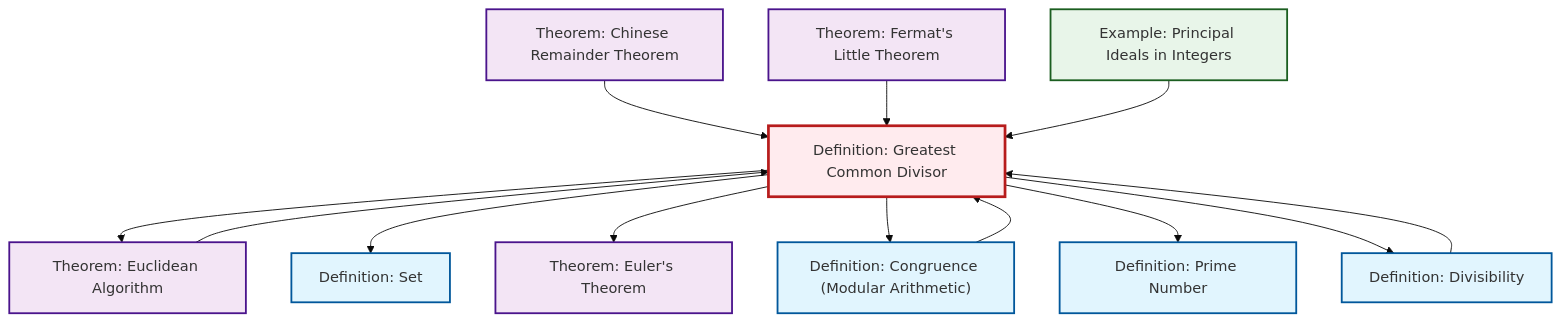
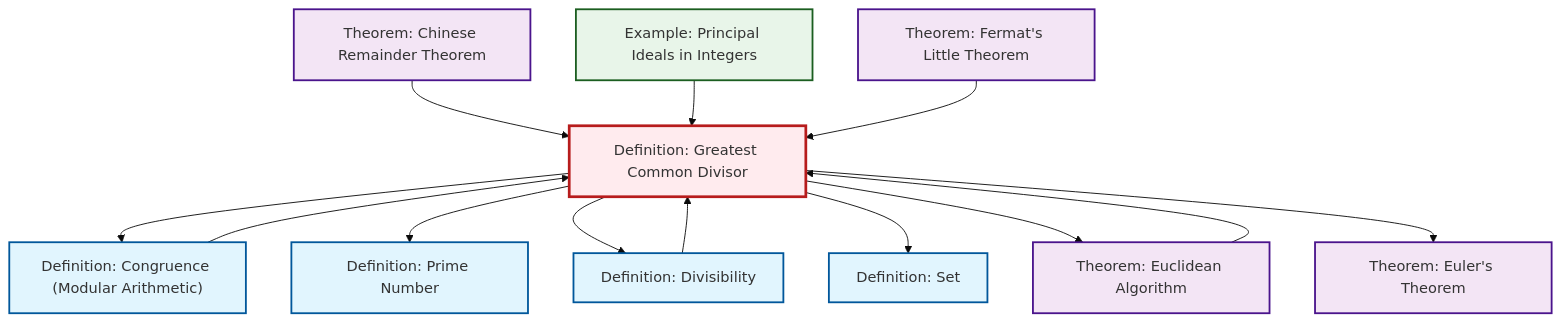
Before and after one commit to RK0429/ModernMath: the second of 2 diagrams in content/en/number-theory/def-gcd.qmd, drawn with Mermaid (base theme). The commit also changed other lines of this file and 554 other files, not shown here.

````diff
--- a/content/en/number-theory/def-gcd.qmd
+++ b/content/en/number-theory/def-gcd.qmd
@@ -92,41 +92,41 @@
 ```{mermaid}
 %%| fig-cap: "Local dependency graph"
 graph TD
     classDef definition fill:#e1f5fe,stroke:#01579b,stroke-width:2px
     classDef theorem fill:#f3e5f5,stroke:#4a148c,stroke-width:2px
     classDef axiom fill:#fff3e0,stroke:#e65100,stroke-width:2px
     classDef example fill:#e8f5e9,stroke:#1b5e20,stroke-width:2px
     classDef current fill:#ffebee,stroke:#b71c1c,stroke-width:3px
+    def-prime["Definition: Prime Number"]:::definition
+    ex-principal-ideal["Example: Principal Ideals in Integers"]:::example
     thm-chinese-remainder["Theorem: Chinese Remainder Theorem"]:::theorem
     def-divisibility["Definition: Divisibility"]:::definition
+    thm-euler["Theorem: Euler's Theorem"]:::theorem
     def-set["Definition: Set"]:::definition
-    thm-euler["Theorem: Euler's Theorem"]:::theorem
     thm-fermat-little["Theorem: Fermat's Little Theorem"]:::theorem
     def-congruence["Definition: Congruence (Modular Arithmetic)"]:::definition
+    thm-euclidean-algorithm["Theorem: Euclidean Algorithm"]:::theorem
     def-gcd["Definition: Greatest Common Divisor"]:::definition
-    def-prime["Definition: Prime Number"]:::definition
-    ex-principal-ideal["Example: Principal Ideals in Integers"]:::example
-    thm-euclidean-algorithm["Theorem: Euclidean Algorithm"]:::theorem
-    def-gcd --> thm-euclidean-algorithm
-    def-gcd --> def-set
-    def-gcd --> thm-euler
-    def-congruence --> def-gcd
+    thm-chinese-remainder --> def-gcd
     def-gcd --> def-congruence
+    ex-principal-ideal --> def-gcd
     def-gcd --> def-prime
-    thm-euclidean-algorithm --> def-gcd
-    thm-chinese-remainder --> def-gcd
     def-gcd --> def-divisibility
     def-divisibility --> def-gcd
+    def-gcd --> def-set
+    def-congruence --> def-gcd
+    def-gcd --> thm-euclidean-algorithm
+    thm-euclidean-algorithm --> def-gcd
+    def-gcd --> thm-euler
     thm-fermat-little --> def-gcd
-    ex-principal-ideal --> def-gcd
     class def-gcd current
+    click def-prime "def-prime.html" "Go to Prime Number definition"
+    click ex-principal-ideal "ex-principal-ideal.html" "Go to Principal Ideals in Integers example"
     click thm-chinese-remainder "thm-chinese-remainder.html" "Go to Chinese Remainder Theorem theorem"
     click def-divisibility "def-divisibility.html" "Go to Divisibility definition"
+    click thm-euler "thm-euler.html" "Go to Euler's Theorem theorem"
     click def-set "def-set.html" "Go to Set definition"
-    click thm-euler "thm-euler.html" "Go to Euler's Theorem theorem"
     click thm-fermat-little "thm-fermat-little.html" "Go to Fermat's Little Theorem theorem"
     click def-congruence "def-congruence.html" "Go to Congruence (Modular Arithmetic) definition"
-    click def-prime "def-prime.html" "Go to Prime Number definition"
-    click ex-principal-ideal "ex-principal-ideal.html" "Go to Principal Ideals in Integers example"
     click thm-euclidean-algorithm "thm-euclidean-algorithm.html" "Go to Euclidean Algorithm theorem"
 ```
````
